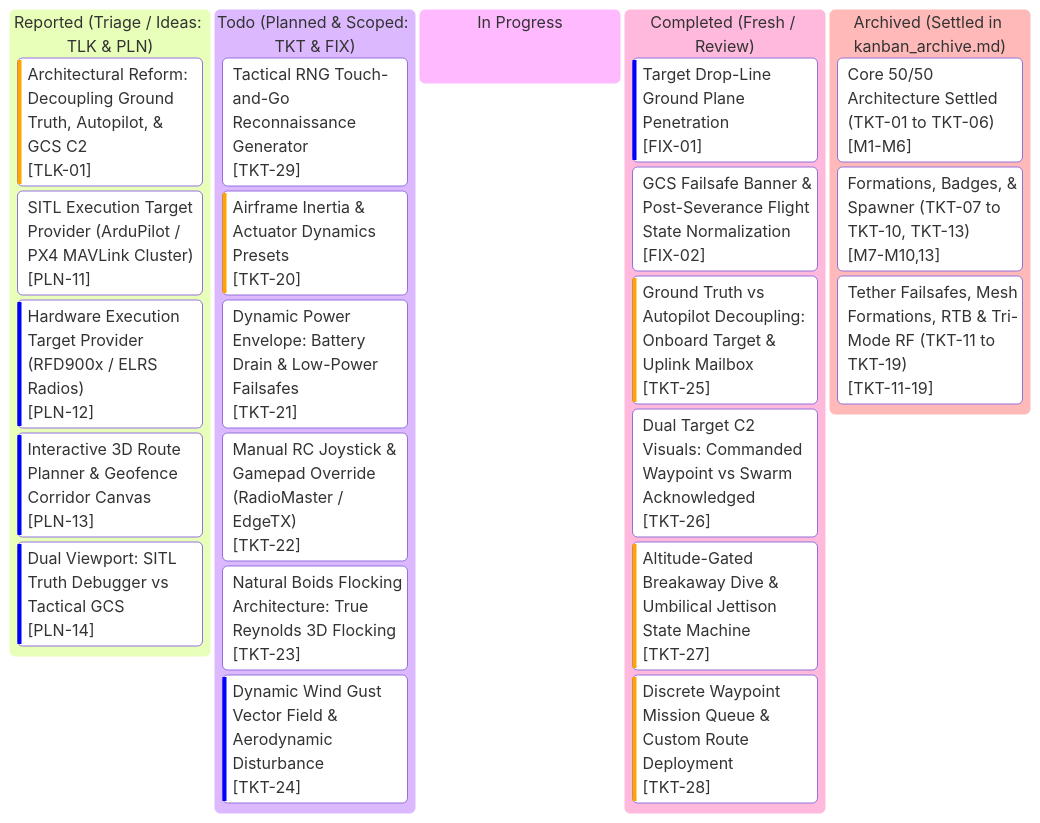
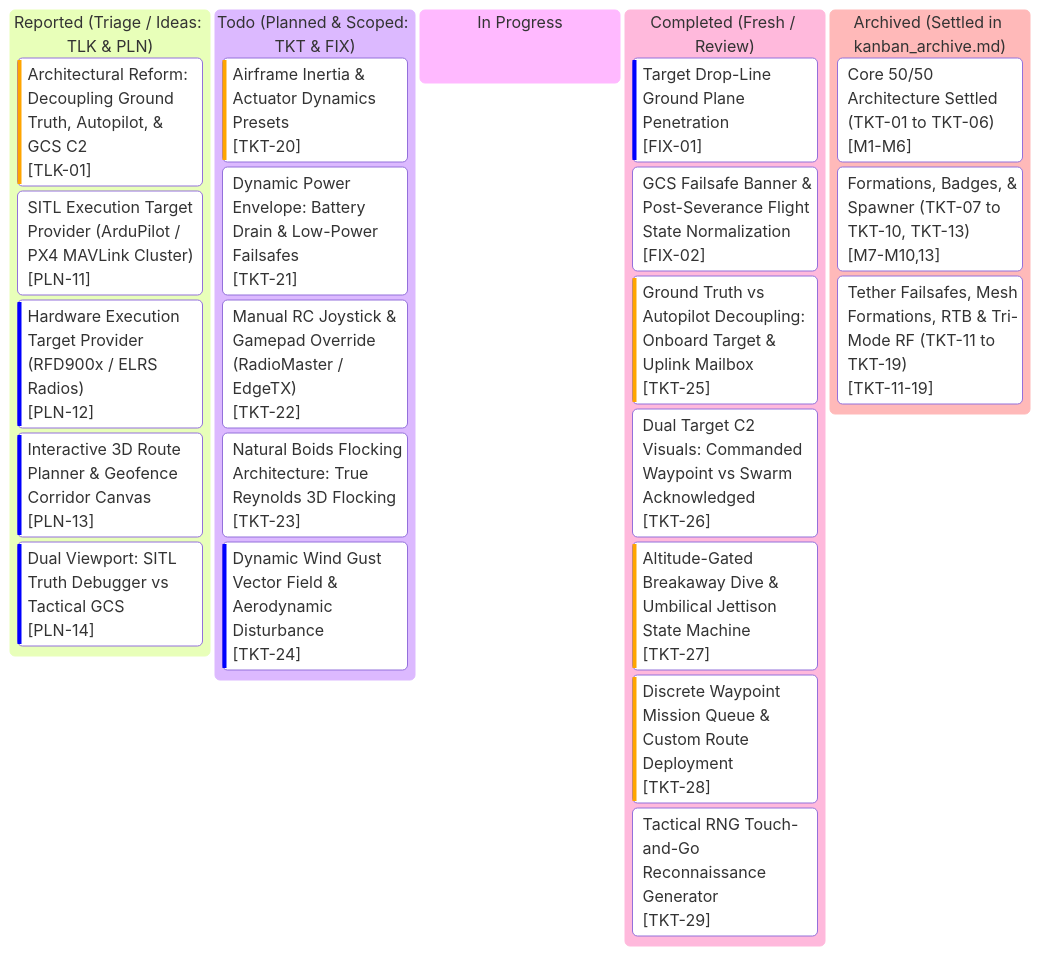
Before and after one commit to AlitheiaDeus/SwarmTech_v3-Uprising: the diagram in kanban.md, drawn with Mermaid. The commit also changed other lines of this file and 7 other files, not shown here.

First line of the commit message:
feat(c2): implement TKT-29 tactical RNG touch-and-go reconnaissance generator

````diff
--- a/kanban.md
+++ b/kanban.md
@@ -10,48 +10,48 @@
 ```mermaid
 %%{init: {
   'theme': 'base',
   'themeVariables': {
     'primaryColor': '#0d2235',
     'primaryTextColor': '#d4f4ff',
     'primaryBorderColor': '#00f0ff',
     'lineColor': '#00f0ff',
     'background': '#061019',
     'mainBkg': '#0a1926',
     'secondaryColor': '#081420',
     'secondaryTextColor': '#5a7e96',
     'secondaryBorderColor': '#134e6f',
     'tertiaryColor': '#0e263d',
     'tertiaryTextColor': '#00ffaa',
     'tertiaryBorderColor': '#00ffaa',
     'clusterBkg': '#081420',
     'clusterBorder': '#134e6f',
     'fontFamily': "'JetBrains Mono', 'Courier New', monospace"
   }
 }}%%
 kanban
   reported["Reported (Triage / Ideas: TLK & PLN)"]
     tlk01["Architectural Reform: Decoupling Ground Truth, Autopilot, & GCS C2"]@{ ticket: '[TLK-01]', priority: 'High' }
     pln11["SITL Execution Target Provider (ArduPilot / PX4 MAVLink Cluster)"]@{ ticket: '[PLN-11]', priority: 'Medium' }
     pln12["Hardware Execution Target Provider (RFD900x / ELRS Radios)"]@{ ticket: '[PLN-12]', priority: 'Low' }
     pln13["Interactive 3D Route Planner & Geofence Corridor Canvas"]@{ ticket: '[PLN-13]', priority: 'Low' }
     pln14["Dual Viewport: SITL Truth Debugger vs Tactical GCS"]@{ ticket: '[PLN-14]', priority: 'Low' }
   todo["Todo (Planned & Scoped: TKT & FIX)"]
-    tkt29["Tactical RNG Touch-and-Go Reconnaissance Generator"]@{ ticket: '[TKT-29]', priority: 'Medium' }
     tkt20["Airframe Inertia & Actuator Dynamics Presets"]@{ ticket: '[TKT-20]', priority: 'High' }
     tkt21["Dynamic Power Envelope: Battery Drain & Low-Power Failsafes"]@{ ticket: '[TKT-21]', priority: 'Medium' }
     tkt22["Manual RC Joystick & Gamepad Override (RadioMaster / EdgeTX)"]@{ ticket: '[TKT-22]', priority: 'Medium' }
     tkt23["Natural Boids Flocking Architecture: True Reynolds 3D Flocking"]@{ ticket: '[TKT-23]', priority: 'Medium' }
     tkt24["Dynamic Wind Gust Vector Field & Aerodynamic Disturbance"]@{ ticket: '[TKT-24]', priority: 'Low' }
   in_progress["In Progress"]
   completed["Completed (Fresh / Review)"]
     fix01["Target Drop-Line Ground Plane Penetration"]@{ ticket: '[FIX-01]', priority: 'Low' }
     fix02["GCS Failsafe Banner & Post-Severance Flight State Normalization"]@{ ticket: '[FIX-02]', priority: 'Medium' }
     tkt25["Ground Truth vs Autopilot Decoupling: Onboard Target & Uplink Mailbox"]@{ ticket: '[TKT-25]', priority: 'High' }
     tkt26["Dual Target C2 Visuals: Commanded Waypoint vs Swarm Acknowledged"]@{ ticket: '[TKT-26]', priority: 'Medium' }
     tkt27["Altitude-Gated Breakaway Dive & Umbilical Jettison State Machine"]@{ ticket: '[TKT-27]', priority: 'High' }
     tkt28["Discrete Waypoint Mission Queue & Custom Route Deployment"]@{ ticket: '[TKT-28]', priority: 'High' }
+    tkt29["Tactical RNG Touch-and-Go Reconnaissance Generator"]@{ ticket: '[TKT-29]', priority: 'Medium' }
   archived["Archived (Settled in kanban_archive.md)"]
     arch_m1_6["Core 50/50 Architecture Settled (TKT-01 to TKT-06)"]@{ ticket: '[M1-M6]' }
     arch_m7_10_13["Formations, Badges, & Spawner (TKT-07 to TKT-10, TKT-13)"]@{ ticket: '[M7-M10,13]' }
     arch_m11_19["Tether Failsafes, Mesh Formations, RTB & Tri-Mode RF (TKT-11 to TKT-19)"]@{ ticket: '[TKT-11-19]' }
 ```
````
